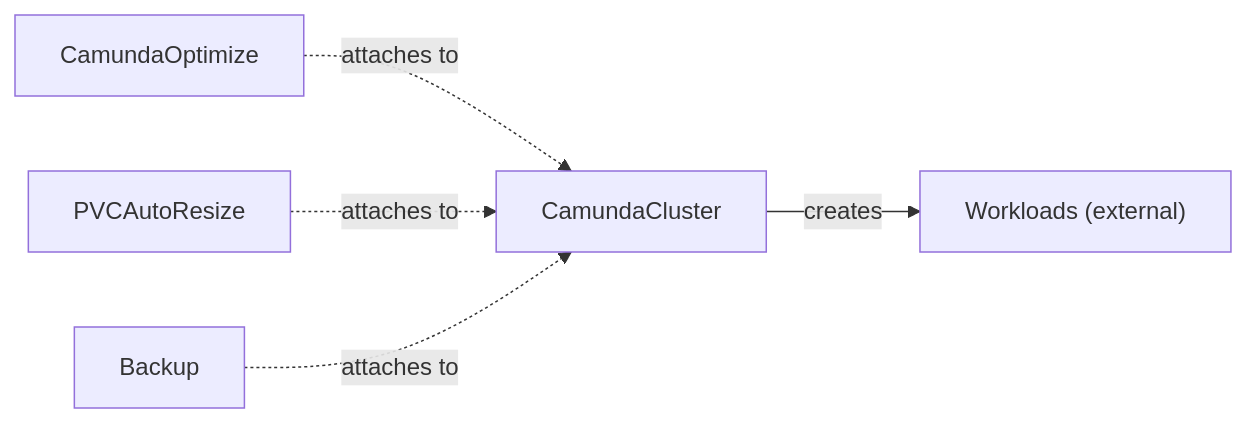
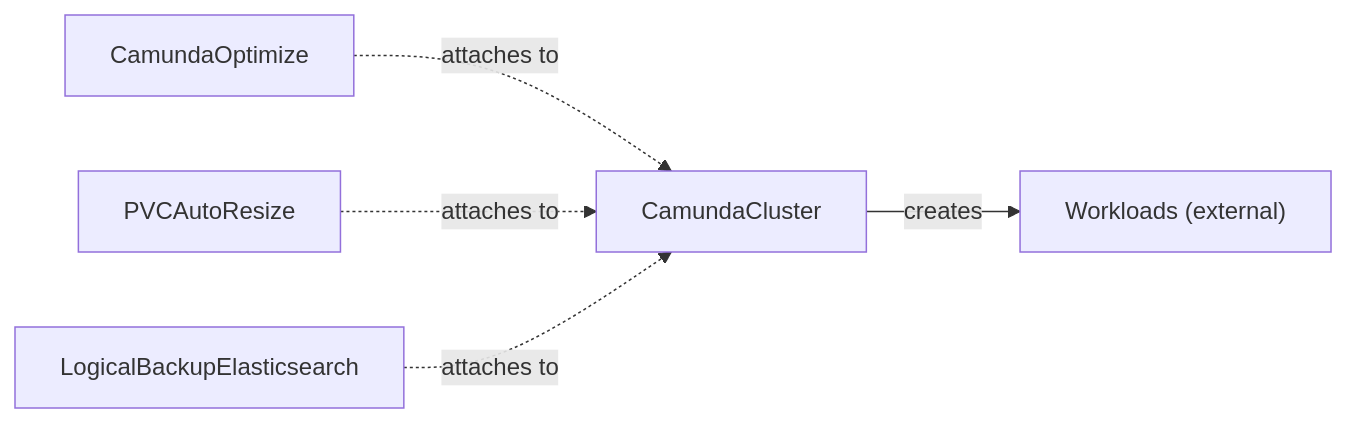
One commit to konsole-is/camunda-operator changed the first of 5 diagrams in docs/architecture.md. Above: the diagram before and after it, drawn with Mermaid. The commit also changed other lines of this file and 1 other file, not shown here.

First line of the commit message:
docs: draw the two logical backup kinds in the CRD diagrams (#65)

````diff
--- a/docs/architecture.md
+++ b/docs/architecture.md
@@ -10,7 +10,7 @@
 ```mermaid
 graph LR
     CC[CamundaCluster] -->|creates| WL["Workloads (external)"]
     F1[CamundaOptimize] -.->|attaches to| CC
     F2[PVCAutoResize] -.->|attaches to| CC
-    F3[Backup] -.->|attaches to| CC
+    F3[LogicalBackupElasticsearch] -.->|attaches to| CC
 ```
````
